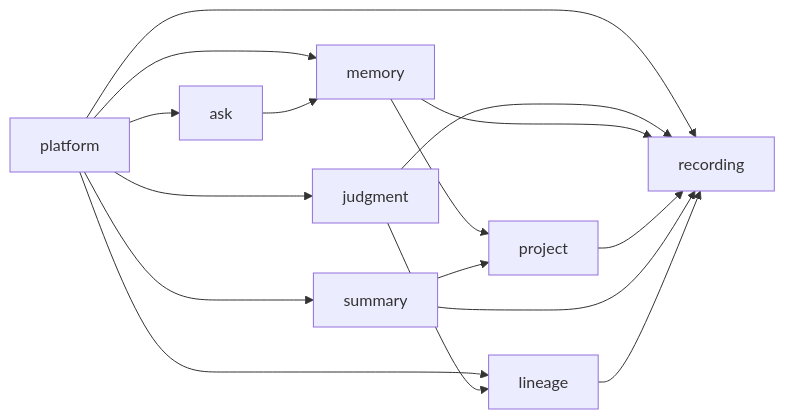
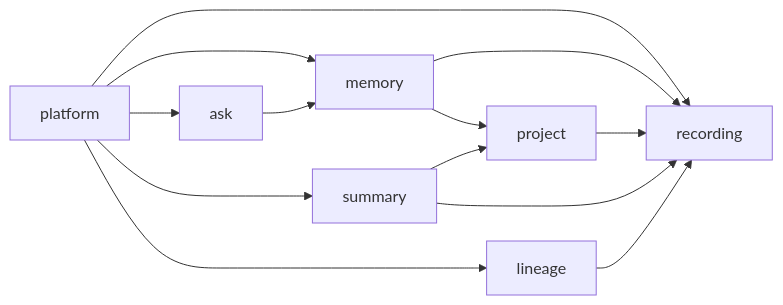
The second of 2 diagrams in docs/architecture.md (nathanmauro/black-box), drawn with Mermaid before and after one commit. The commit also changed other lines of this file and 89 other files, not shown here.

````diff
--- a/docs/architecture.md
+++ b/docs/architecture.md
@@ -102,18 +98,15 @@
 ```mermaid
 flowchart LR
     PLATFORM["platform"] --> ASK["ask"]
-    PLATFORM --> JUDGMENT["judgment"]
     PLATFORM --> MEMORY["memory"]
     PLATFORM --> RECORDING["recording"]
     PLATFORM --> SUMMARY["summary"]
     PLATFORM --> LINEAGE["lineage"]
     ASK --> MEMORY
-    JUDGMENT --> RECORDING
-    JUDGMENT --> LINEAGE
     MEMORY --> PROJECT["project"]
     MEMORY --> RECORDING
     PROJECT --> RECORDING
     SUMMARY --> PROJECT
     SUMMARY --> RECORDING
     LINEAGE --> RECORDING
 ```
````
